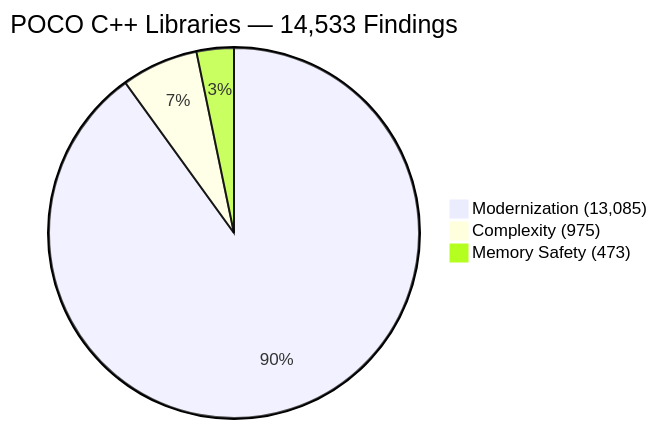
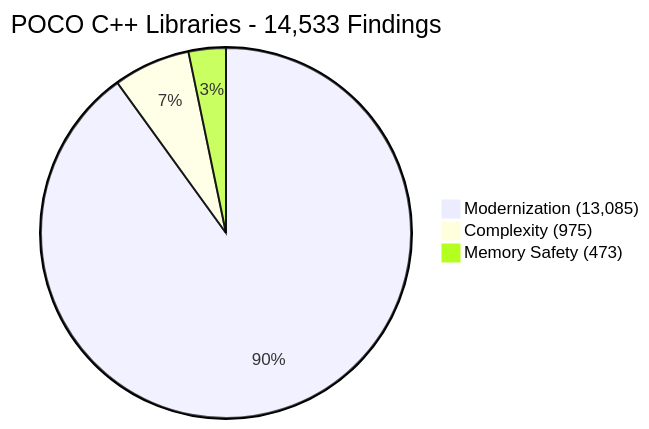
One commit to manju89jay/cppulse changed the second of 2 diagrams in README.md. Above: the diagram before and after it, drawn with Mermaid. The commit also changed other lines of this file and 36 other files, not shown here.

````diff
--- a/README.md
+++ b/README.md
@@ -100,6 +121,6 @@
 ```mermaid
-pie title POCO C++ Libraries — 14,533 Findings
+pie title POCO C++ Libraries - 14,533 Findings
     "Modernization (13,085)" : 13085
     "Complexity (975)" : 975
     "Memory Safety (473)" : 473
 ```
````
